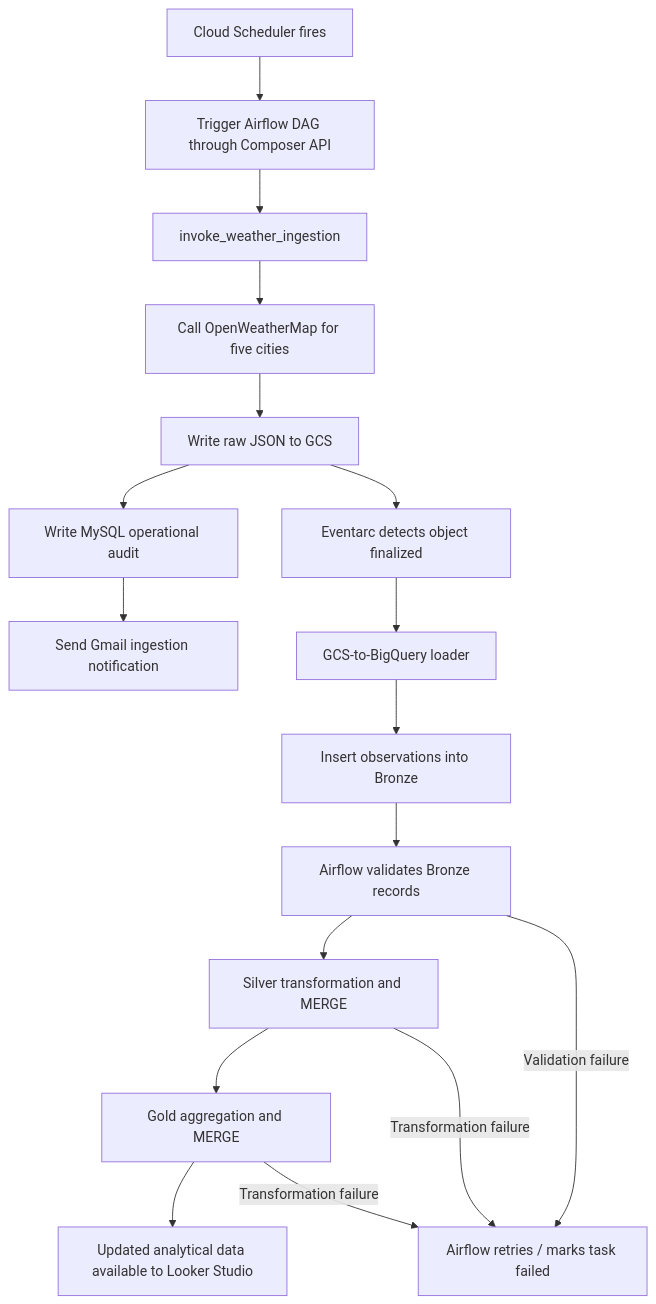
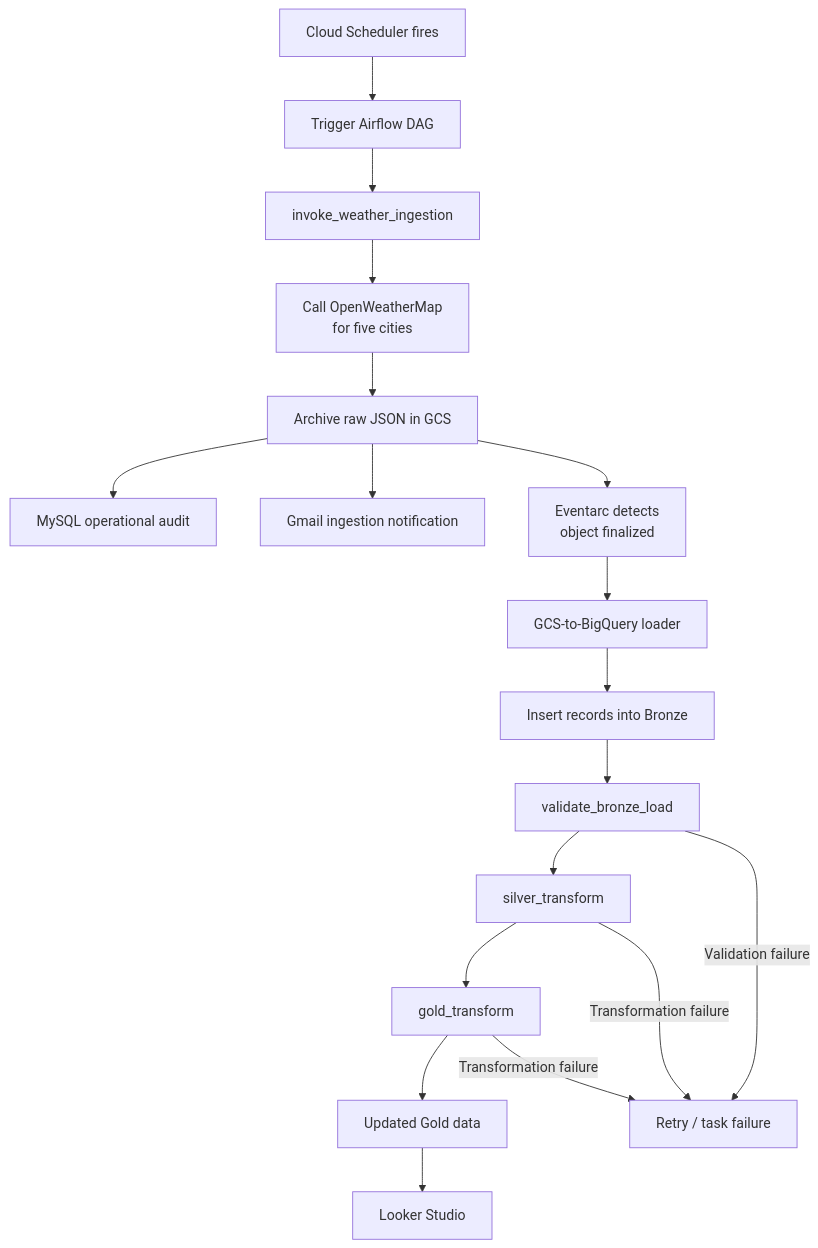
One commit to cloudwithpavan/AtmosData changed the second of 7 diagrams in README.md. Above: the diagram before and after it, drawn with Mermaid. The commit also changed other lines of this file, not shown here.

Commit message:
docs: redesign AtmosData project README

````diff
--- a/README.md
+++ b/README.md
@@ -144,20 +218,23 @@
 ```mermaid
 flowchart TD
-    A["Cloud Scheduler fires"] --> B["Trigger Airflow DAG through Composer API"]
+    A["Cloud Scheduler fires"] --> B["Trigger Airflow DAG"]
     B --> C["invoke_weather_ingestion"]
-    C --> D["Call OpenWeatherMap for five cities"]
-    D --> E["Write raw JSON to GCS"]
-    E --> F["Write MySQL operational audit"]
-    F --> G["Send Gmail ingestion notification"]
-    E --> H["Eventarc detects object finalized"]
+    C --> D["Call OpenWeatherMap<br/>for five cities"]
+    D --> E["Archive raw JSON in GCS"]
+    E --> F["MySQL operational audit"]
+    E --> G["Gmail ingestion notification"]
+
+    E --> H["Eventarc detects<br/>object finalized"]
     H --> I["GCS-to-BigQuery loader"]
-    I --> J["Insert observations into Bronze"]
-    J --> K["Airflow validates Bronze records"]
-    K --> L["Silver transformation and MERGE"]
-    L --> M["Gold aggregation and MERGE"]
-    M --> N["Updated analytical data available to Looker Studio"]
+    I --> J["Insert records into Bronze"]
 
-    K -->|"Validation failure"| X["Airflow retries / marks task failed"]
+    J --> K["validate_bronze_load"]
+    K --> L["silver_transform"]
+    L --> M["gold_transform"]
+    M --> N["Updated Gold data"]
+    N --> O["Looker Studio"]
+
+    K -->|"Validation failure"| X["Retry / task failure"]
     L -->|"Transformation failure"| X
     M -->|"Transformation failure"| X
 ```
````
